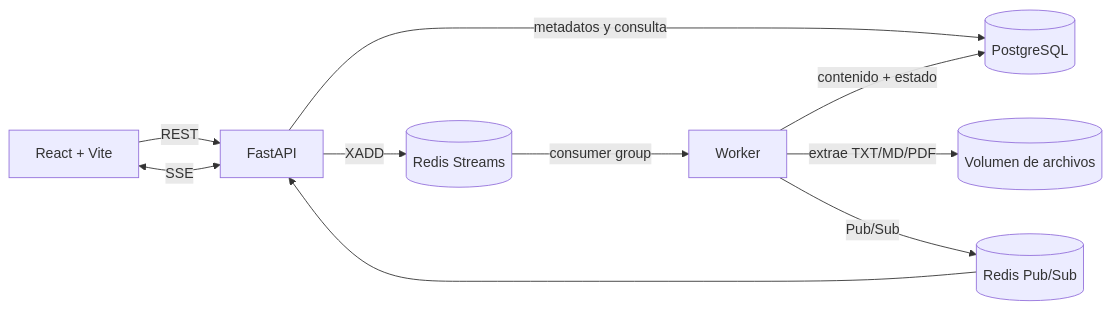
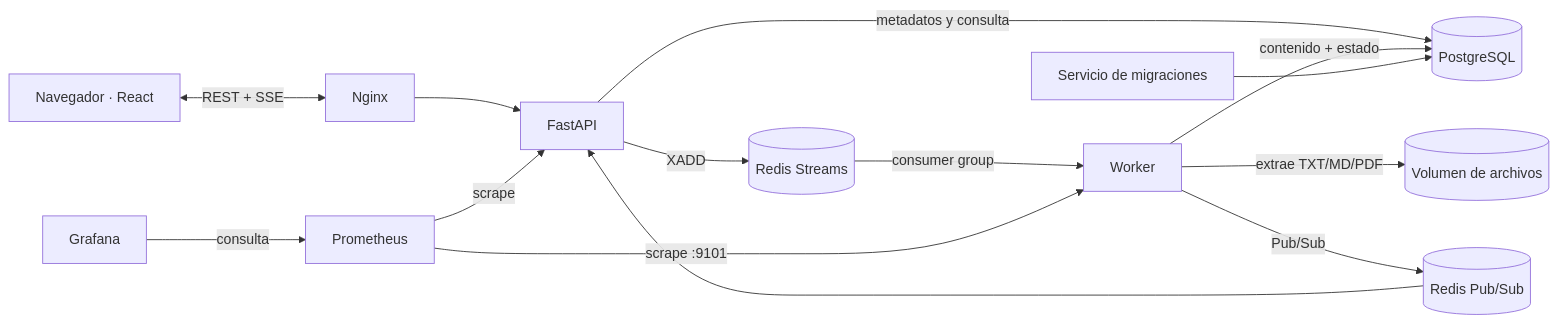
Before and after one commit to jporras/DocSearch: the first of 9 diagrams in docs/architecture.md, drawn with Mermaid. The commit also changed other lines of this file and 3 other files, not shown here.

````diff
--- a/docs/architecture.md
+++ b/docs/architecture.md
@@ -7,12 +20,16 @@
 ```mermaid
 flowchart LR
-    UI[React + Vite] -->|REST| API[FastAPI]
-    UI <-->|SSE| API
+    UI[Navegador · React] <-->|REST + SSE| NX[Nginx]
+    NX --> API[FastAPI]
     API -->|metadatos y consulta| PG[(PostgreSQL)]
     API -->|XADD| RS[(Redis Streams)]
     RS -->|consumer group| W[Worker]
     W -->|extrae TXT/MD/PDF| FS[(Volumen de archivos)]
     W -->|contenido + estado| PG
     W -->|Pub/Sub| RPS[(Redis Pub/Sub)]
     RPS --> API
+    MIG[Servicio de migraciones] --> PG
+    PM[Prometheus] -->|scrape| API
+    PM -->|scrape :9101| W
+    GF[Grafana] -->|consulta| PM
 ```
````
